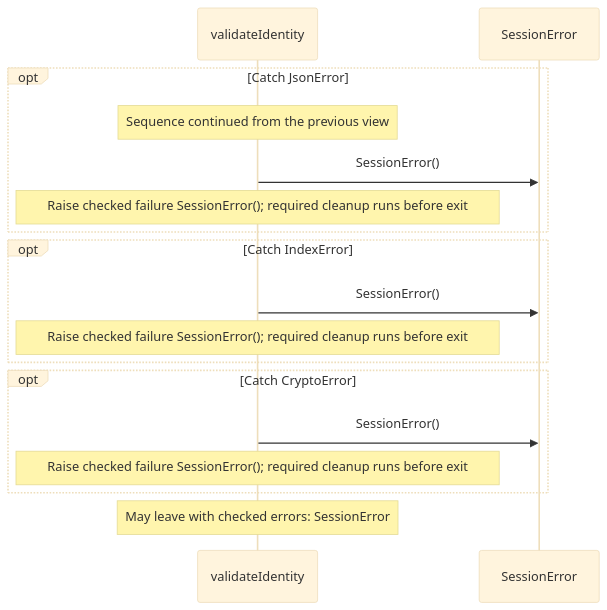
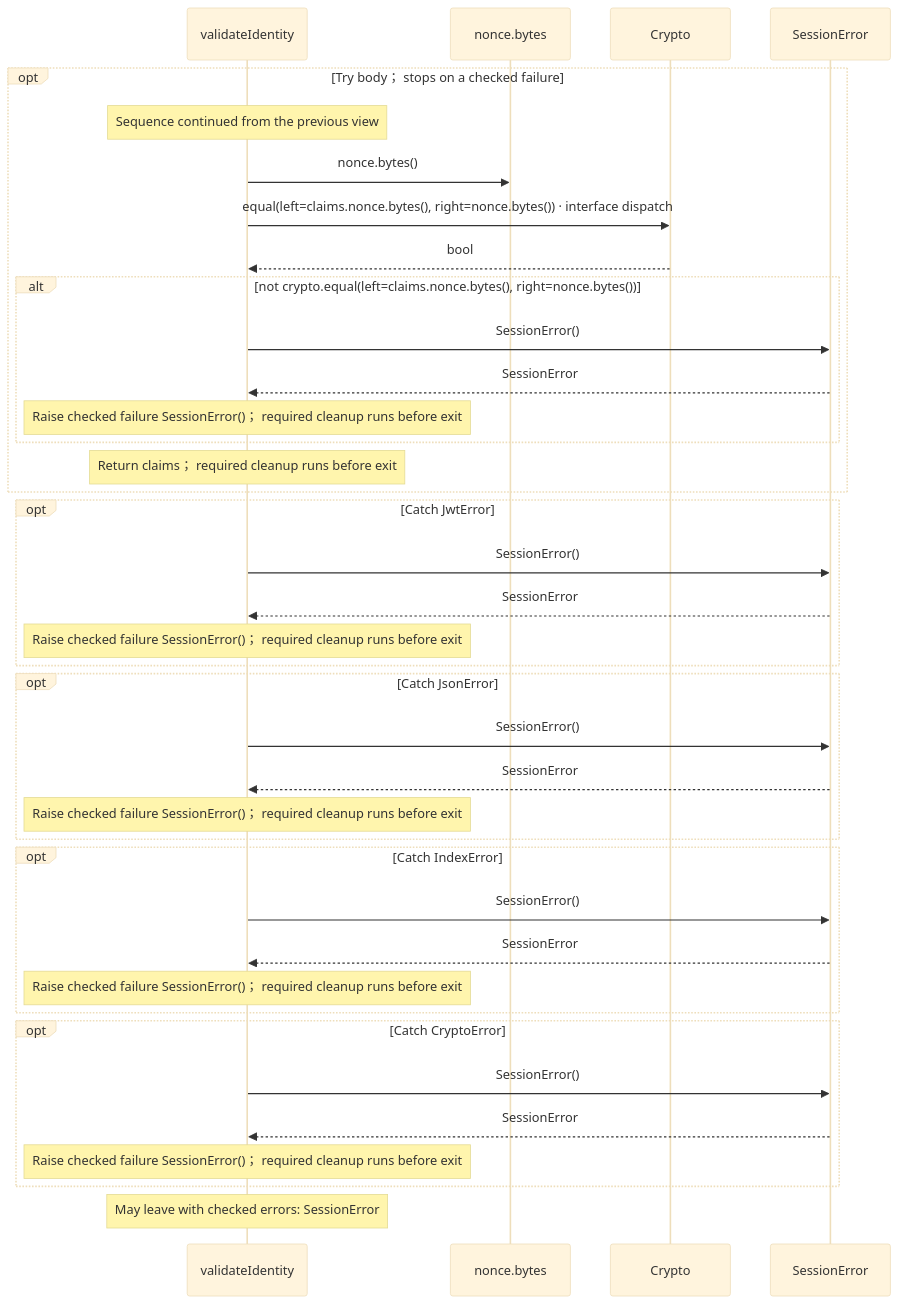
Before and after one commit to GreenPandaStudios/augscript: the sixth of 6 diagrams in docs/examples/oidc-login/client/protocol-diagrams.md, drawn with Mermaid (base theme). The commit also changed other lines of this file and 524 other files, not shown here.

Commit message:
Explain checked data flow at folder and service levels

````diff
--- a/docs/examples/oidc-login/client/protocol-diagrams.md
+++ b/docs/examples/oidc-login/client/protocol-diagrams.md
@@ -269,19 +264,40 @@
 ```mermaid
 sequenceDiagram
     participant p0 as validateIdentity
-    participant p1 as SessionError
+    participant p1 as nonce.bytes
+    participant p2 as Crypto
+    participant p3 as SessionError
+    opt Try body； stops on a checked failure
+    Note over p0: Sequence continued from the previous view
+    p0->>p1: nonce.bytes()
+    p0->>p2: equal(left=claims.nonce.bytes(), right=nonce.bytes()) · interface dispatch
+    p2-->>p0: bool
+    alt not crypto.equal(left=claims.nonce.bytes(), right=nonce.bytes())
+    p0->>p3: SessionError()
+    p3-->>p0: SessionError
+    Note over p0: Raise checked failure SessionError()； required cleanup runs before exit
+    end
+    Note over p0: Return claims； required cleanup runs before exit
+    end
+    opt Catch JwtError
+    p0->>p3: SessionError()
+    p3-->>p0: SessionError
+    Note over p0: Raise checked failure SessionError()； required cleanup runs before exit
+    end
     opt Catch JsonError
-    Note over p0: Sequence continued from the previous view
-    p0->>p1: SessionError()
-    Note over p0: Raise checked failure SessionError()#59; required cleanup runs before exit
+    p0->>p3: SessionError()
+    p3-->>p0: SessionError
+    Note over p0: Raise checked failure SessionError()； required cleanup runs before exit
     end
     opt Catch IndexError
-    p0->>p1: SessionError()
-    Note over p0: Raise checked failure SessionError()#59; required cleanup runs before exit
+    p0->>p3: SessionError()
+    p3-->>p0: SessionError
+    Note over p0: Raise checked failure SessionError()； required cleanup runs before exit
     end
     opt Catch CryptoError
-    p0->>p1: SessionError()
-    Note over p0: Raise checked failure SessionError()#59; required cleanup runs before exit
+    p0->>p3: SessionError()
+    p3-->>p0: SessionError
+    Note over p0: Raise checked failure SessionError()； required cleanup runs before exit
     end
     Note over p0: May leave with checked errors: SessionError
 ```
````
